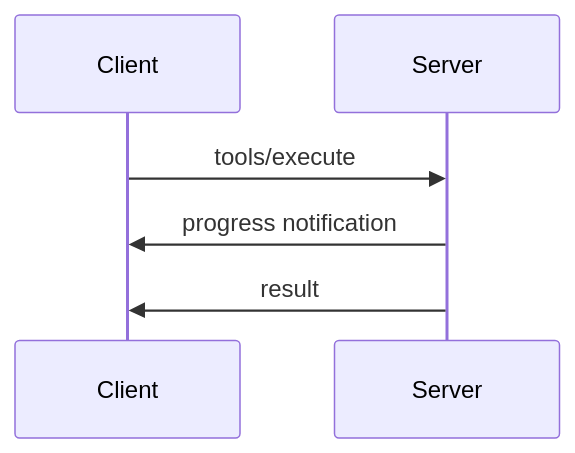
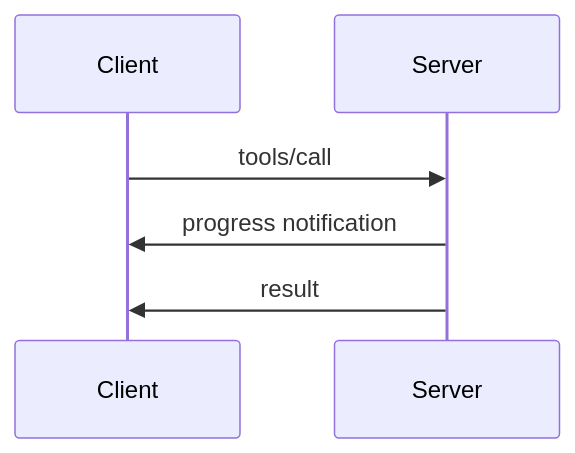
Before and after one commit to tmc/mcp: the second of 3 diagrams in docs/concepts/protocol-overview.md, drawn with Mermaid. The commit also changed other lines of this file and 8 other files, not shown here.

````diff
--- a/docs/concepts/protocol-overview.md
+++ b/docs/concepts/protocol-overview.md
@@ -69,6 +69,6 @@
 ```mermaid
 sequenceDiagram
-    Client->>Server: tools/execute
+    Client->>Server: tools/call
     Server->>Client: progress notification
     Server->>Client: result
 ```
````
